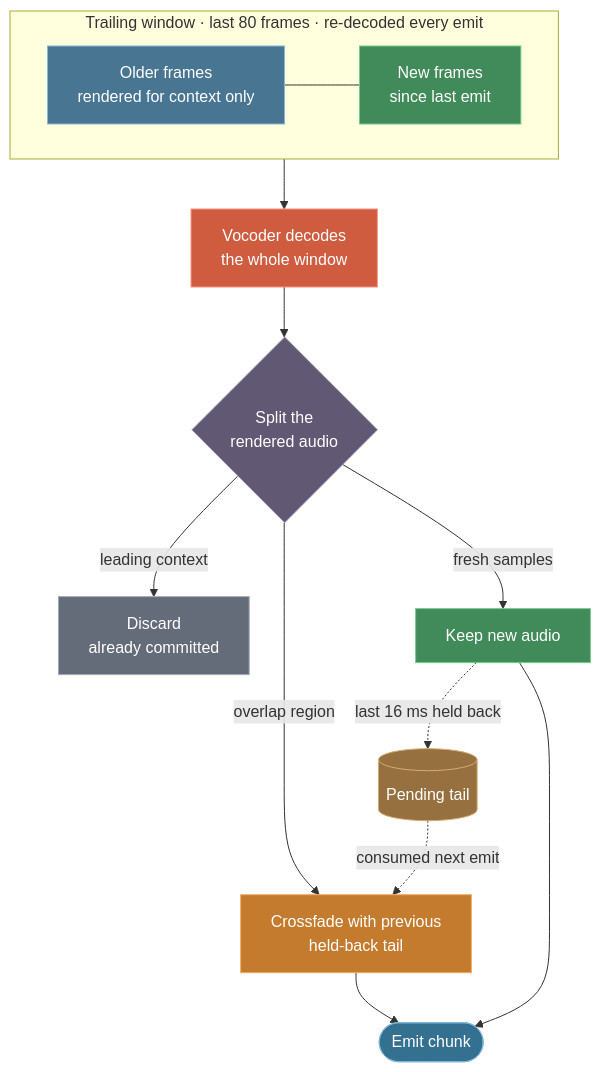
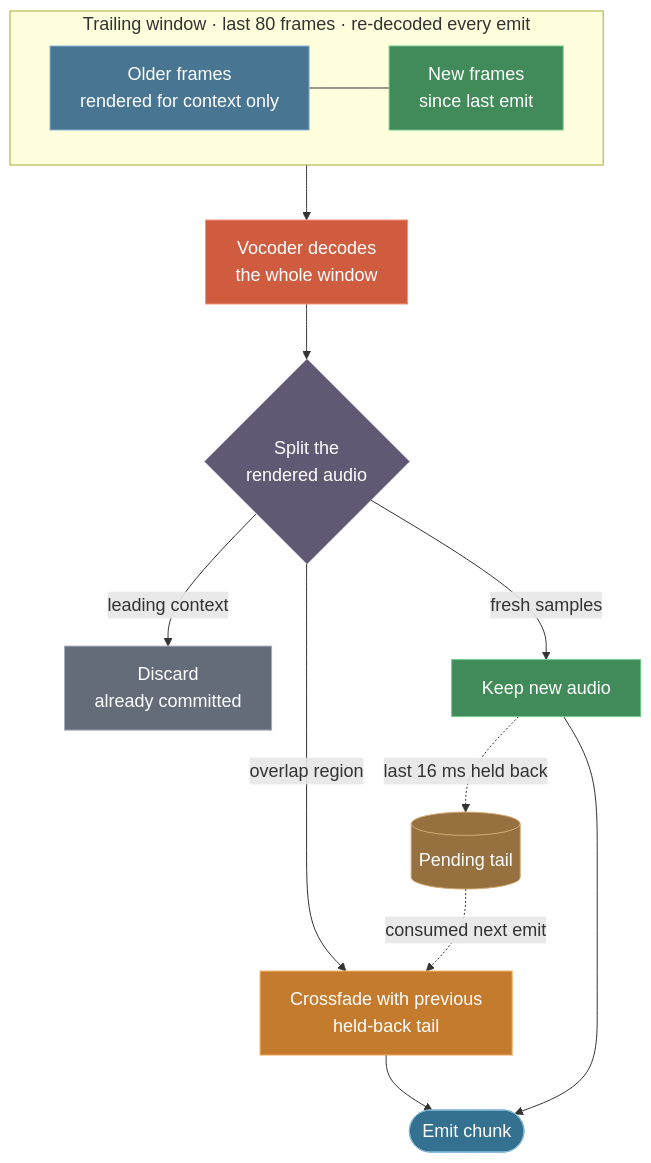
The third of 5 diagrams in content/post/coding/qwen3-tts-streaming/index.md (jayng9663/blog), drawn with Mermaid before and after one commit. The commit also changed other lines of this file and 1 other file, not shown here.

````diff
--- a/content/post/coding/qwen3-tts-streaming/index.md
+++ b/content/post/coding/qwen3-tts-streaming/index.md
@@ -134,28 +148,29 @@
 ```mermaid
+%%{init: {"flowchart": {"nodeSpacing": 50, "rankSpacing": 55}, "themeVariables": {"fontSize": "18px"}}}%%
 flowchart TB
     subgraph WIN["Trailing window · last 80 frames · re-decoded every emit"]
         direction LR
         CTX[Older frames\nrendered for context only]:::ctx
         NEW[New frames\nsince last emit]:::new
         CTX --- NEW
     end
 
     WIN --> DEC[Vocoder decodes\nthe whole window]:::voc
     DEC --> SPLIT{Split the\nrendered audio}:::gate
     SPLIT -->|leading context| DROP[Discard\nalready committed]:::drop
     SPLIT -->|overlap region| XF[Crossfade with previous\nheld-back tail]:::mix
     SPLIT -->|fresh samples| KEEP[Keep new audio]:::new
     XF --> EMIT([Emit chunk]):::io
     KEEP --> EMIT
     KEEP -. last 16 ms held back .-> HOLD[(Pending tail)]:::buf
     HOLD -. consumed next emit .-> XF
 
     classDef io fill:#34708f,stroke:#7fb6d6,color:#fff
     classDef voc fill:#d05c40,stroke:#f3937c,color:#fff
     classDef new fill:#418a59,stroke:#74c98e,color:#fff
     classDef ctx fill:#477592,stroke:#88b6d4,color:#fff
     classDef mix fill:#c47b2e,stroke:#f0ad62,color:#fff
     classDef drop fill:#646c79,stroke:#a3abb8,color:#fff
     classDef buf fill:#97703f,stroke:#d4ab74,color:#fff
     classDef gate fill:#615873,stroke:#a89bbd,color:#fff
 ```
````
